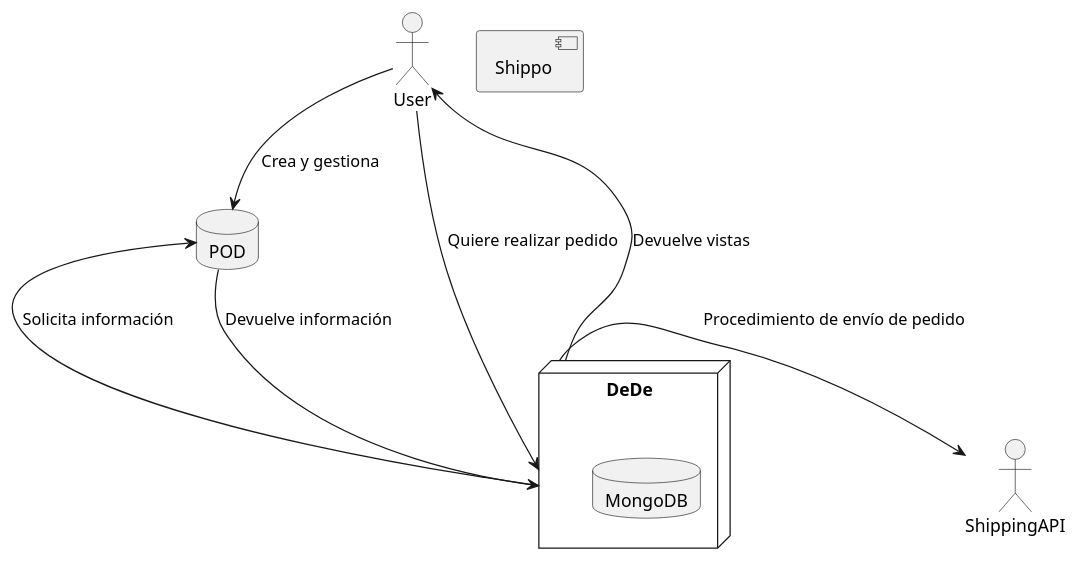
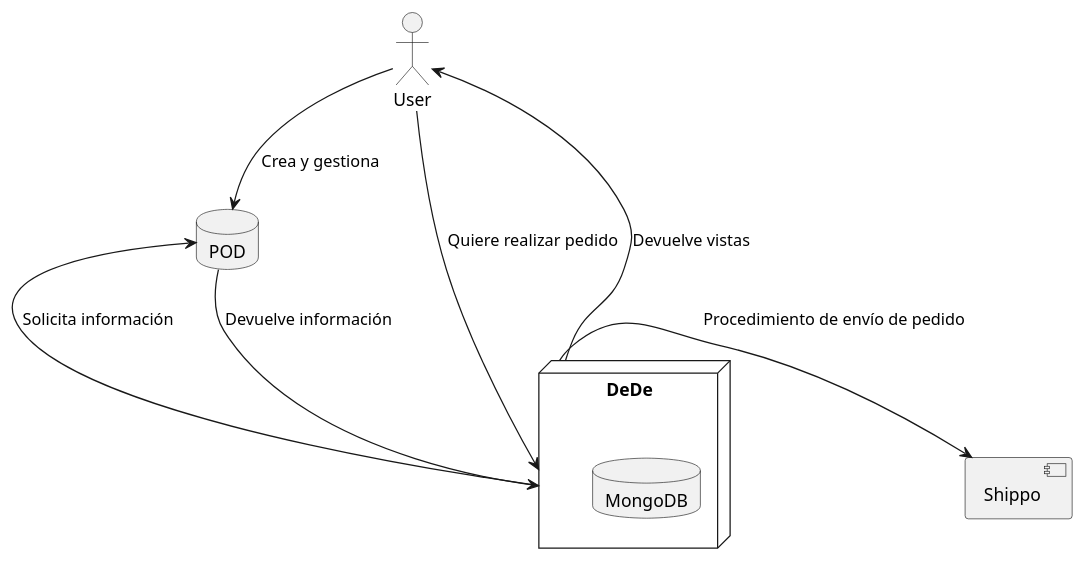
One commit to Arquisoft/dede_es6b changed the diagram in docs/03_system_scope_and_context.adoc. Above: the diagram before and after it, drawn with PlantUML. The commit also changed 5 other files, not shown here.

```diff
--- a/docs/03_system_scope_and_context.adoc
+++ b/docs/03_system_scope_and_context.adoc
@@ -10,17 +10,17 @@
 [plantuml]
 ....
 @startuml
 Actor User
 database POD
 component Shippo
 node DeDe {
   database MongoDB
 }
 User --> DeDe : Quiere realizar pedido
 User --> POD : Crea y gestiona
 DeDe -u-> User : Devuelve vistas
 DeDe -l-> POD : Solicita información
-DeDe -r-> ShippingAPI : Procedimiento de envío de pedido
+DeDe -r-> Shippo : Procedimiento de envío de pedido
 POD --> DeDe : Devuelve información
 @enduml
 ....
```
